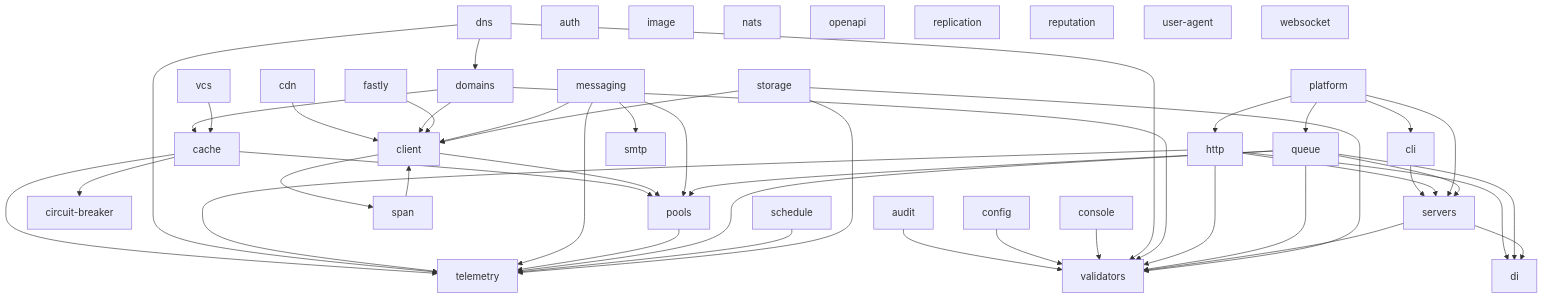
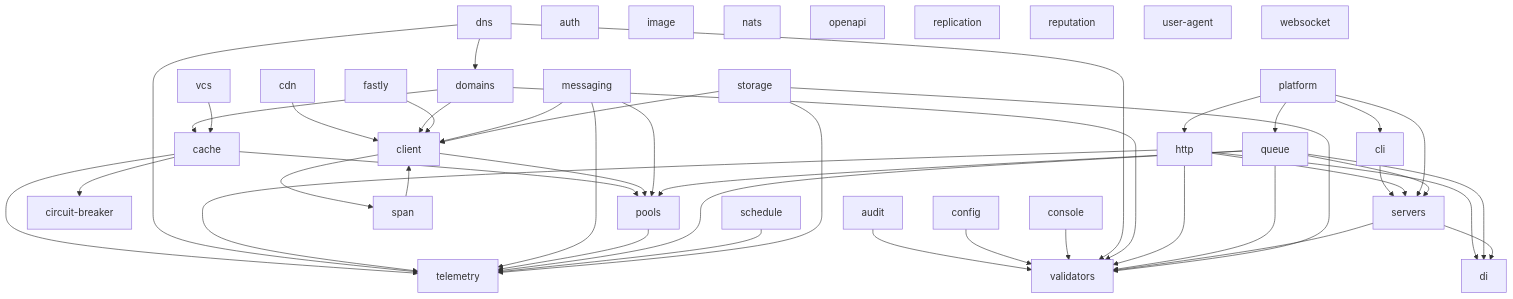
Before and after one commit to Neekoras/monorepo: the diagram in README.md, drawn with Mermaid. The commit also changed other lines of this file and 79 other files, not shown here.

````diff
--- a/README.md
+++ b/README.md
@@ -52,54 +52,53 @@
 ```mermaid
 graph TD
     audit --> validators
     cache --> circuit-breaker
     cache --> pools
     cache --> telemetry
     cdn --> client
     cli --> servers
     client --> pools
     client --> span
     config --> validators
     console --> validators
     dns --> telemetry
     dns --> validators
     dns --> domains
     domains --> client
     domains --> validators
     domains --> cache
     fastly --> client
     http --> di
     http --> servers
     http --> telemetry
     http --> validators
     messaging --> client
     messaging --> pools
-    messaging --> smtp
     messaging --> telemetry
     platform --> cli
     platform --> http
     platform --> queue
     platform --> servers
     pools --> telemetry
     queue --> di
     queue --> servers
     queue --> pools
     queue --> telemetry
     queue --> validators
     schedule --> telemetry
     servers --> di
     servers --> validators
     span --> client
     storage --> telemetry
     storage --> validators
     storage --> client
     vcs --> cache
     auth
     image
     nats
     openapi
     replication
     reputation
     user-agent
     websocket
 ```
````
